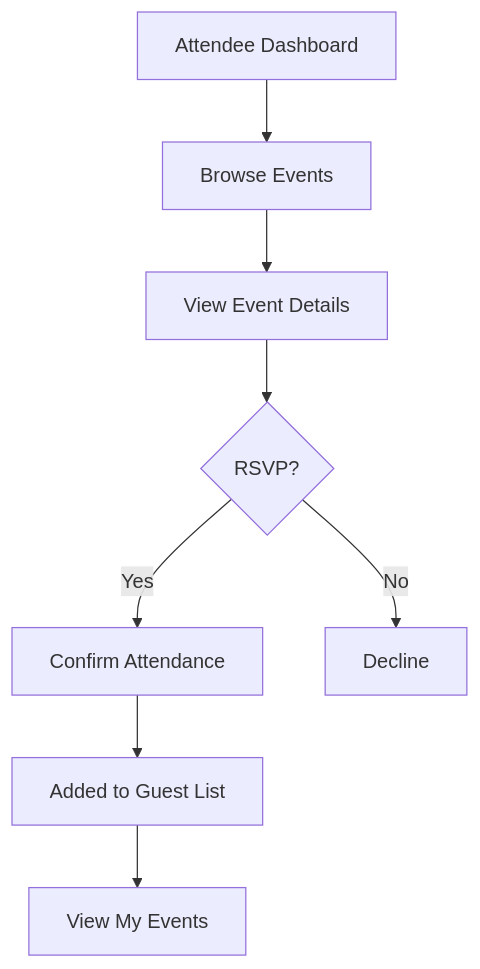
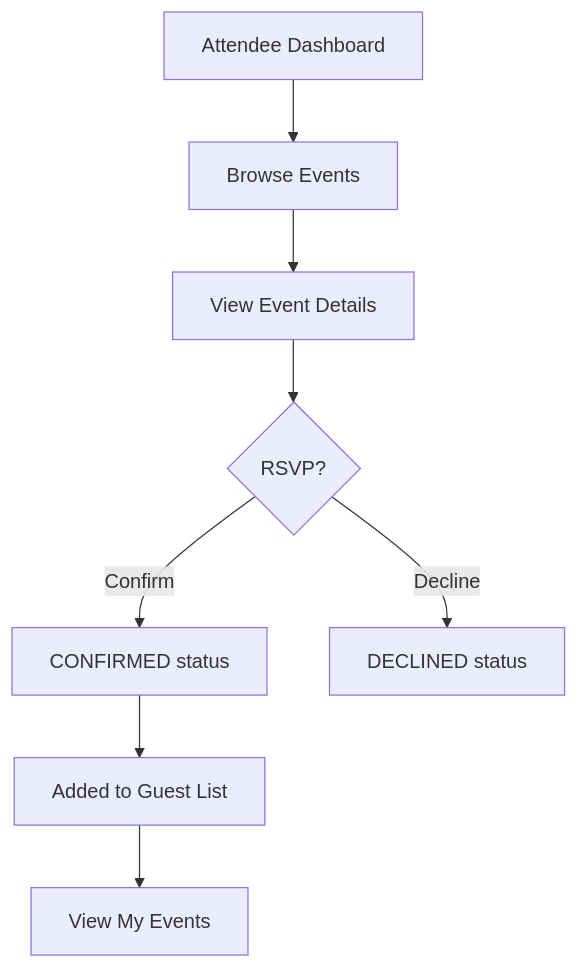
One commit to aiyan-shamshad/EventZen changed the third of 5 diagrams in docs/UserFlow.md. Above: the diagram before and after it, drawn with Mermaid. The commit also changed other lines of this file and 5 other files, not shown here.

Commit message:
Phase 1: Project setup with database init, ER diagram, and docs

````diff
--- a/docs/UserFlow.md
+++ b/docs/UserFlow.md
@@ -57,10 +59,10 @@
 ```mermaid
 flowchart TD
     A[Attendee Dashboard] --> B[Browse Events]
     B --> C[View Event Details]
     C --> D{RSVP?}
-    D -->|Yes| E[Confirm Attendance]
-    D -->|No| F[Decline]
+    D -->|Confirm| E[CONFIRMED status]
+    D -->|Decline| F[DECLINED status]
     E --> G[Added to Guest List]
     G --> H[View My Events]
 ```
````
